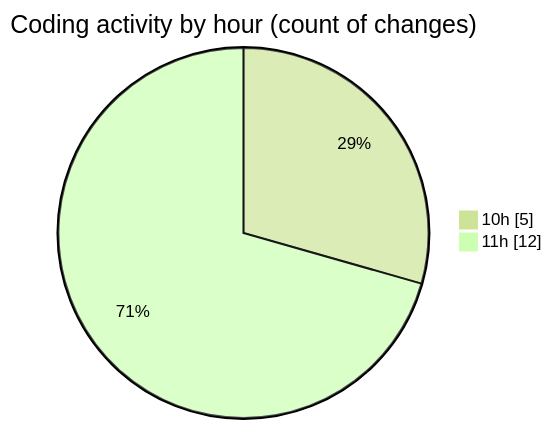
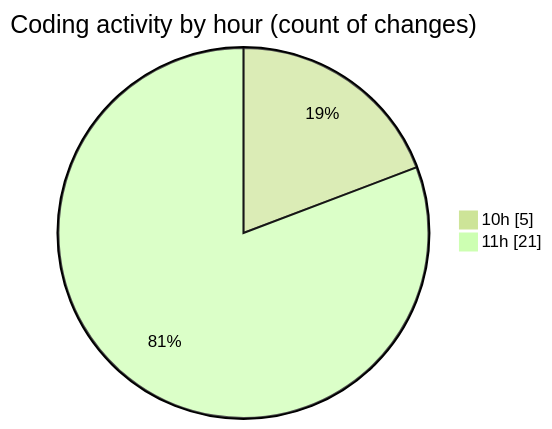
One commit to nxtqubesakshisongat/code-tracking changed the second of 2 diagrams in 2025-06-21/nxtqube_webapp/README.md. Above: the diagram before and after it, drawn with Mermaid (forest theme). The commit also changed other lines of this file and 1 other file, not shown here.

````diff
--- a/2025-06-21/nxtqube_webapp/README.md
+++ b/2025-06-21/nxtqube_webapp/README.md
@@ -28,6 +28,6 @@
 ```mermaid
 pie showData
 title Coding activity by hour (count of changes)
 "10h" : 5
-"11h" : 12
+"11h" : 21
 ```
````
